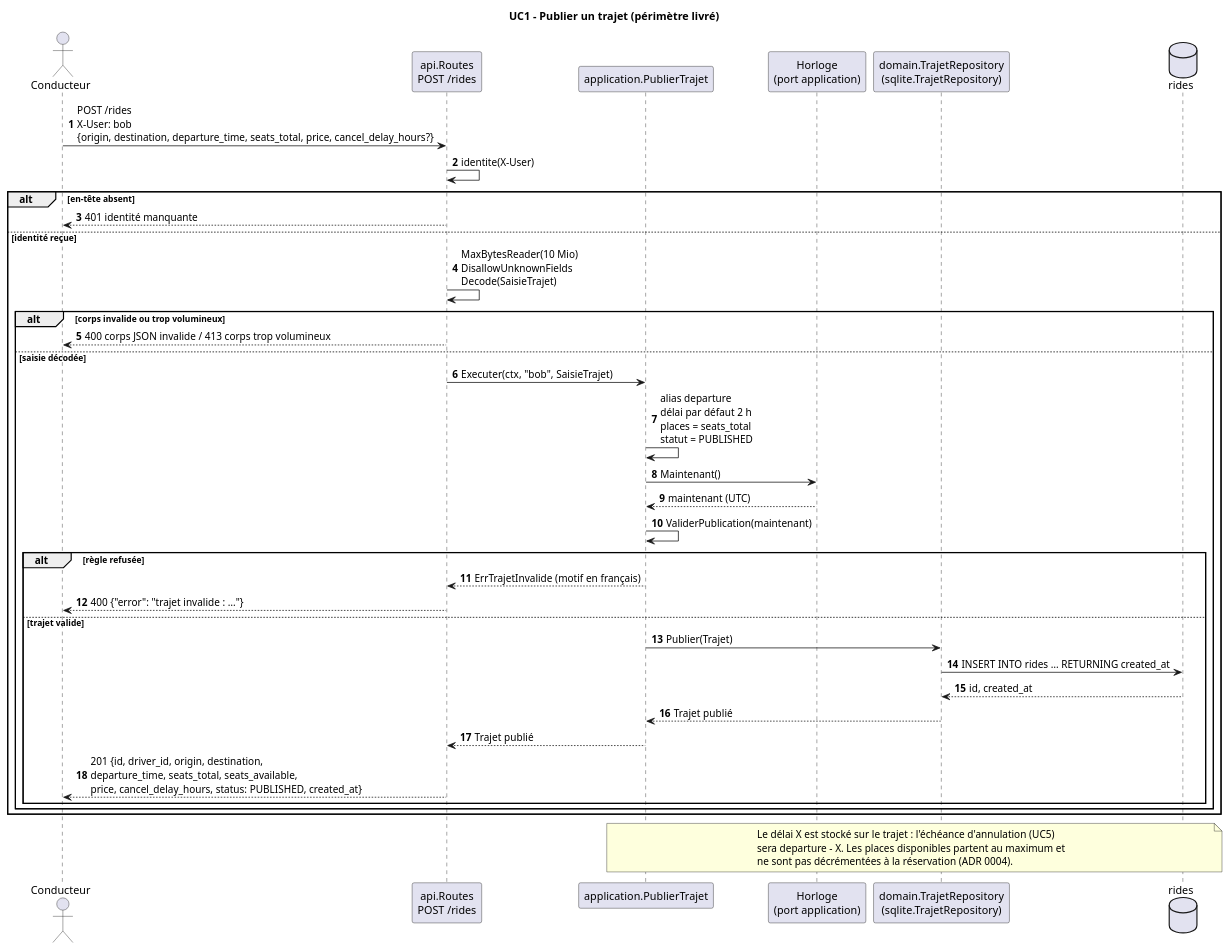
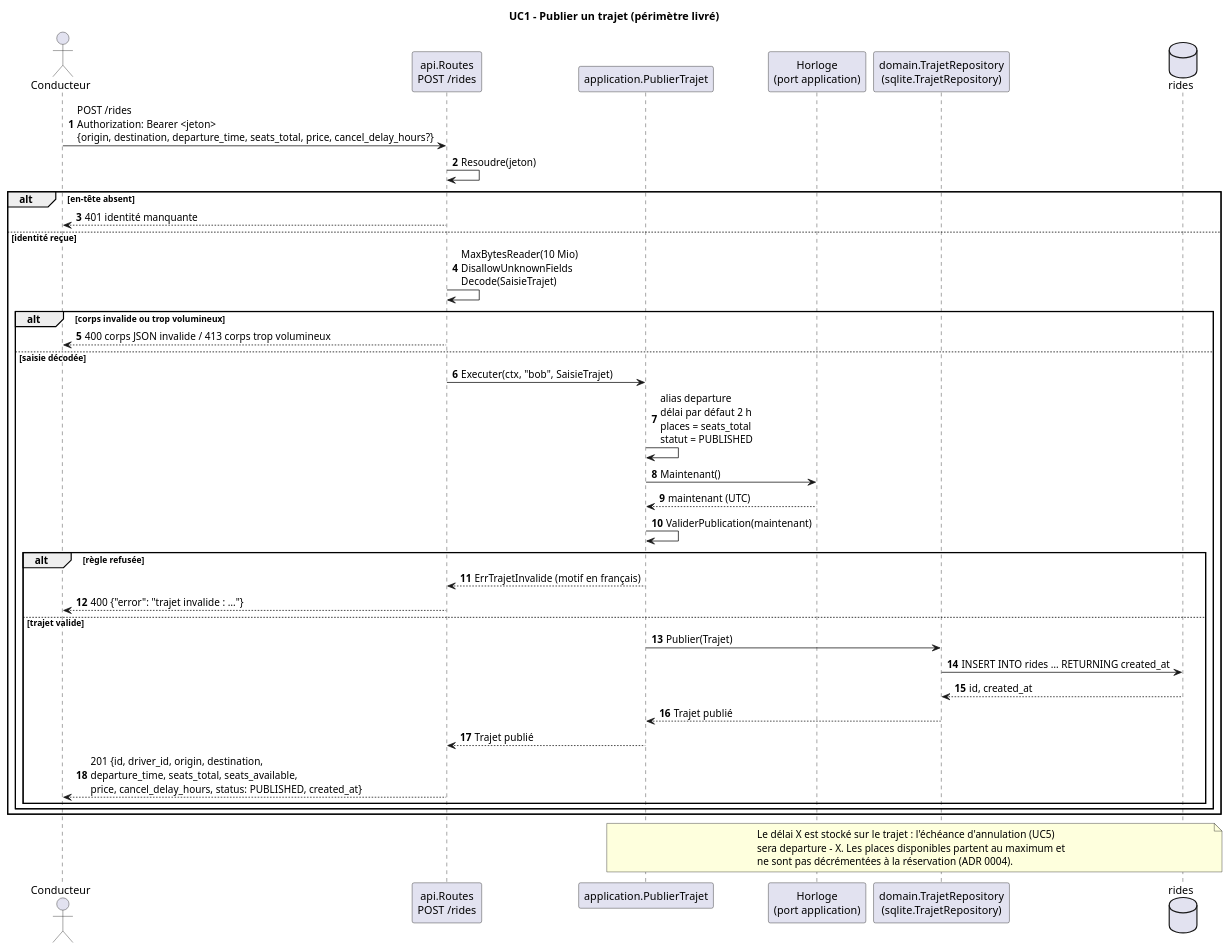
Before and after one commit to alaa-ilehi/Wasalni: the diagram in docs/uml/uc1-sequence.puml, drawn with PlantUML. The commit also changed 45 other files, not shown here.

```diff
--- a/docs/uml/uc1-sequence.puml
+++ b/docs/uml/uc1-sequence.puml
@@ -1,46 +1,46 @@
 @startuml uc1-sequence
 title UC1 - Publier un trajet (périmètre livré)
 autonumber
 
 actor "Conducteur" as Conducteur
 participant "api.Routes\nPOST /rides" as API
 participant "application.PublierTrajet" as UC
 participant "Horloge\n(port application)" as Horloge
 participant "domain.TrajetRepository\n(sqlite.TrajetRepository)" as Trajets
 database "rides" as DB
 
-Conducteur -> API : POST /rides\nX-User: bob\n{origin, destination, departure_time, seats_total, price, cancel_delay_hours?}
-API -> API : identite(X-User)
+Conducteur -> API : POST /rides\nAuthorization: Bearer <jeton>\n{origin, destination, departure_time, seats_total, price, cancel_delay_hours?}
+API -> API : Resoudre(jeton)
 alt en-tête absent
   API --> Conducteur : 401 identité manquante
 else identité reçue
   API -> API : MaxBytesReader(10 Mio)\nDisallowUnknownFields\nDecode(SaisieTrajet)
   alt corps invalide ou trop volumineux
     API --> Conducteur : 400 corps JSON invalide / 413 corps trop volumineux
   else saisie décodée
     API -> UC : Executer(ctx, "bob", SaisieTrajet)
     UC -> UC : alias departure\ndélai par défaut 2 h\nplaces = seats_total\nstatut = PUBLISHED
     UC -> Horloge : Maintenant()
     Horloge --> UC : maintenant (UTC)
     UC -> UC : ValiderPublication(maintenant)
     alt règle refusée
       UC --> API : ErrTrajetInvalide (motif en français)
       API --> Conducteur : 400 {"error": "trajet invalide : …"}
     else trajet valide
       UC -> Trajets : Publier(Trajet)
       Trajets -> DB : INSERT INTO rides … RETURNING created_at
       DB --> Trajets : id, created_at
       Trajets --> UC : Trajet publié
       UC --> API : Trajet publié
       API --> Conducteur : 201 {id, driver_id, origin, destination,\ndeparture_time, seats_total, seats_available,\nprice, cancel_delay_hours, status: PUBLISHED, created_at}
     end
   end
 end
 
 note over UC, DB
   Le délai X est stocké sur le trajet : l'échéance d'annulation (UC5)
   sera departure - X. Les places disponibles partent au maximum et
   ne sont pas décrémentées à la réservation (ADR 0004).
 end note
 
 @enduml
```
